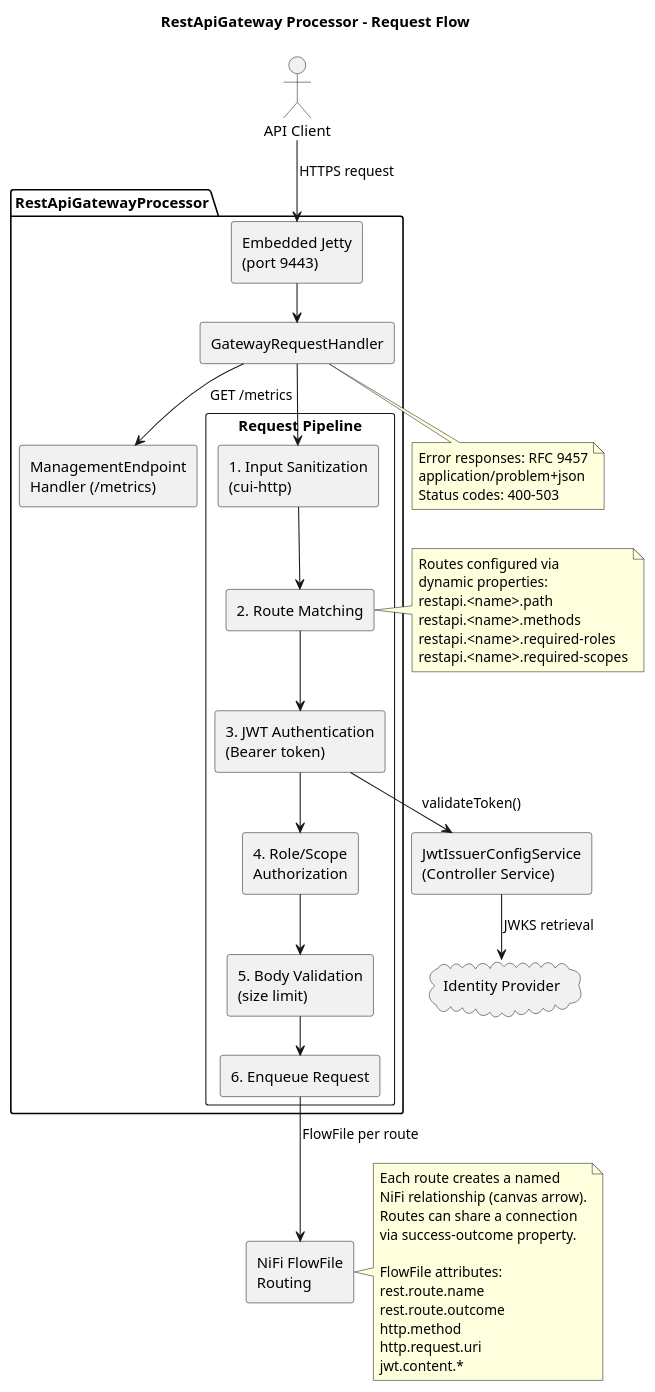
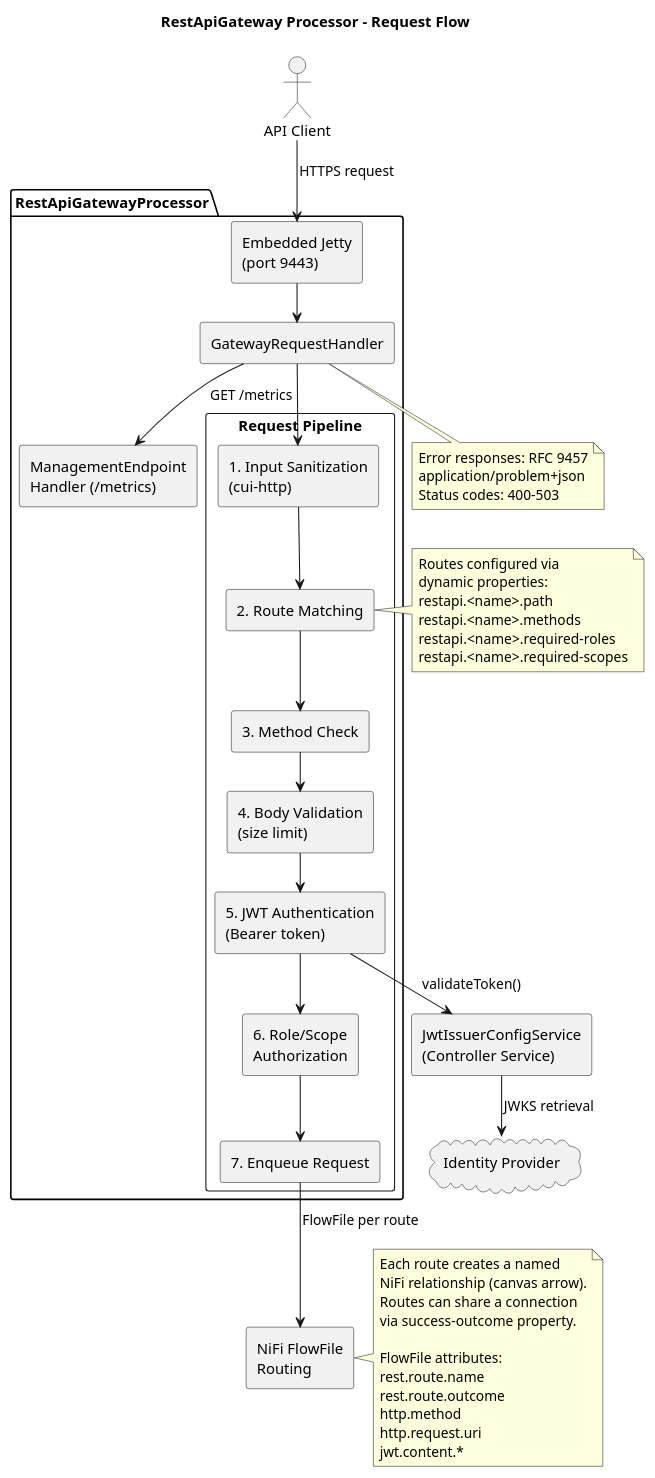
The diagram in doc/plantuml/api-gateway-pattern.puml (cuioss/nifi-extensions), drawn with PlantUML before and after one commit. The commit also changed 3 other files, not shown here.

First line of the commit message:
fix: move body size validation before authentication (#263)

```diff
--- a/doc/plantuml/api-gateway-pattern.puml
+++ b/doc/plantuml/api-gateway-pattern.puml
@@ -1,74 +1,76 @@
 @startuml api-gateway-pattern
 !pragma layout smetana
 skinparam componentStyle rectangle
 
 title "RestApiGateway Processor - Request Flow"
 
 actor "API Client" as client
 
 package "RestApiGatewayProcessor" {
   component "Embedded Jetty\n(port 9443)" as jetty
   component "GatewayRequestHandler" as handler
 
   component "Request Pipeline" as pipeline {
     component "1. Input Sanitization\n(cui-http)" as sanitize
     component "2. Route Matching" as route
-    component "3. JWT Authentication\n(Bearer token)" as authn
-    component "4. Role/Scope\nAuthorization" as authz
-    component "5. Body Validation\n(size limit)" as body
-    component "6. Enqueue Request" as enqueue
+    component "3. Method Check" as methodchk
+    component "4. Body Validation\n(size limit)" as body
+    component "5. JWT Authentication\n(Bearer token)" as authn
+    component "6. Role/Scope\nAuthorization" as authz
+    component "7. Enqueue Request" as enqueue
   }
 
   component "ManagementEndpoint\nHandler (/metrics)" as mgmt
 }
 
 component "JwtIssuerConfigService\n(Controller Service)" as cs
 component "NiFi FlowFile\nRouting" as flowfile
 
 cloud "Identity Provider" as idp
 
 client --> jetty : HTTPS request
 jetty --> handler
 handler --> sanitize
 sanitize --> route
-route --> authn
+route --> methodchk
+methodchk --> body
+body --> authn
 authn --> authz
-authz --> body
-body --> enqueue
+authz --> enqueue
 enqueue --> flowfile : FlowFile per route
 
 handler --> mgmt : GET /metrics
 
 authn --> cs : validateToken()
 cs --> idp : JWKS retrieval
 
 note right of route
   Routes configured via
   dynamic properties:
   restapi.<name>.path
   restapi.<name>.methods
   restapi.<name>.required-roles
   restapi.<name>.required-scopes
 end note
 
 note right of flowfile
   Each route creates a named
   NiFi relationship (canvas arrow).
   Routes can share a connection
   via success-outcome property.
 
   FlowFile attributes:
   rest.route.name
   rest.route.outcome
   http.method
   http.request.uri
   jwt.content.*
 end note
 
 note bottom of handler
   Error responses: RFC 9457
   application/problem+json
   Status codes: 400-503
 end note
 
 @enduml
```
